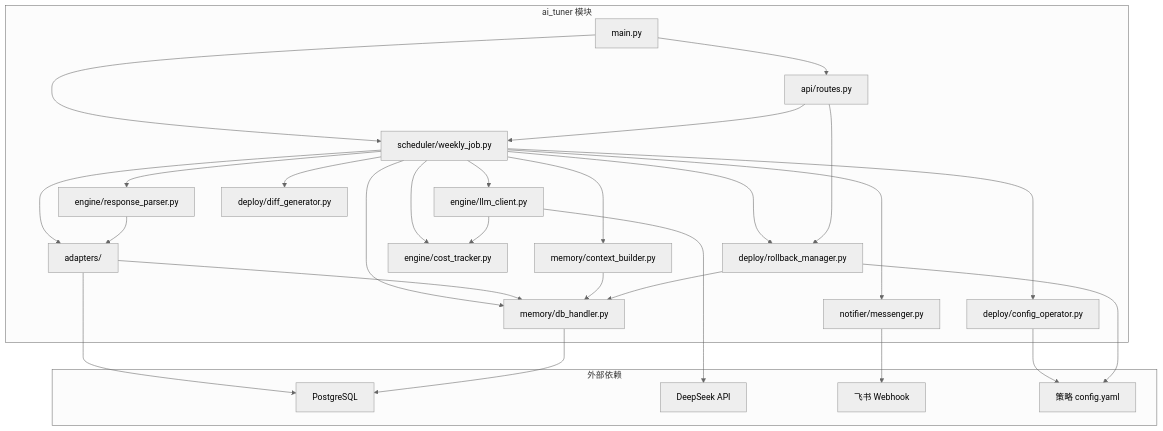
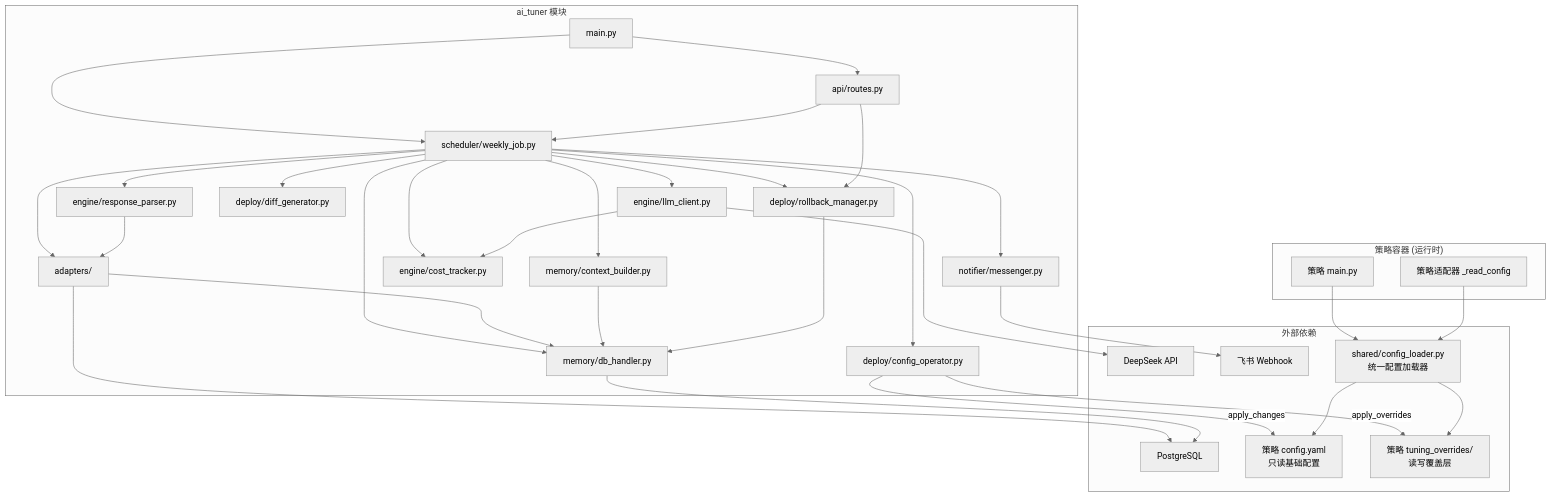
One commit to Bearflower/Binance_quantitative_trading_yi changed the second of 2 diagrams in docs/architecture/StratTuneAI架构设计.md. Above: the diagram before and after it, drawn with Mermaid (neutral theme). The commit also changed other lines of this file and 37 other files, not shown here.

````diff
--- a/docs/architecture/StratTuneAI架构设计.md
+++ b/docs/architecture/StratTuneAI架构设计.md
@@ -2935,52 +3029,63 @@
 ```mermaid
 graph TD
     subgraph "外部依赖"
         PG[PostgreSQL]
         DS[DeepSeek API]
         FS[飞书 Webhook]
-        CFG[策略 config.yaml]
+        CFG[策略 config.yaml<br/>只读基础配置]
+        OVR[策略 tuning_overrides/<br/>读写覆盖层]
+        SCL[shared/config_loader.py<br/>统一配置加载器]
     end
 
     subgraph "ai_tuner 模块"
         MAIN[main.py]
         API[api/routes.py]
         SCH[scheduler/weekly_job.py]
         ADA[adapters/]
         MEM_C[memory/context_builder.py]
         MEM_D[memory/db_handler.py]
         ENG_L[engine/llm_client.py]
         ENG_P[engine/response_parser.py]
         ENG_C[engine/cost_tracker.py]
         DEP_O[deploy/config_operator.py]
         DEP_D[deploy/diff_generator.py]
         DEP_R[deploy/rollback_manager.py]
         NOT[notifier/messenger.py]
     end
 
     MAIN --> SCH
     MAIN --> API
     SCH --> ADA
     SCH --> MEM_C
     SCH --> MEM_D
     SCH --> ENG_L
     SCH --> ENG_P
     SCH --> DEP_D
     SCH --> DEP_O
     SCH --> DEP_R
     SCH --> NOT
     SCH --> ENG_C
 
     ADA --> MEM_D
     ADA --> PG
     MEM_C --> MEM_D
     MEM_D --> PG
     ENG_L --> DS
     ENG_L --> ENG_C
     ENG_P --> ADA
-    DEP_O --> CFG
-    DEP_R --> CFG
+    DEP_O -->|apply_overrides| OVR
+    DEP_O -->|apply_changes| CFG
     DEP_R --> MEM_D
     NOT --> FS
     API --> SCH
     API --> DEP_R
+
+    subgraph "策略容器 (运行时)"
+        STRAT[策略 main.py]
+        ADPT[策略适配器 _read_config]
+    end
+    STRAT --> SCL
+    ADPT --> SCL
+    SCL --> CFG
+    SCL --> OVR
 ```
````
